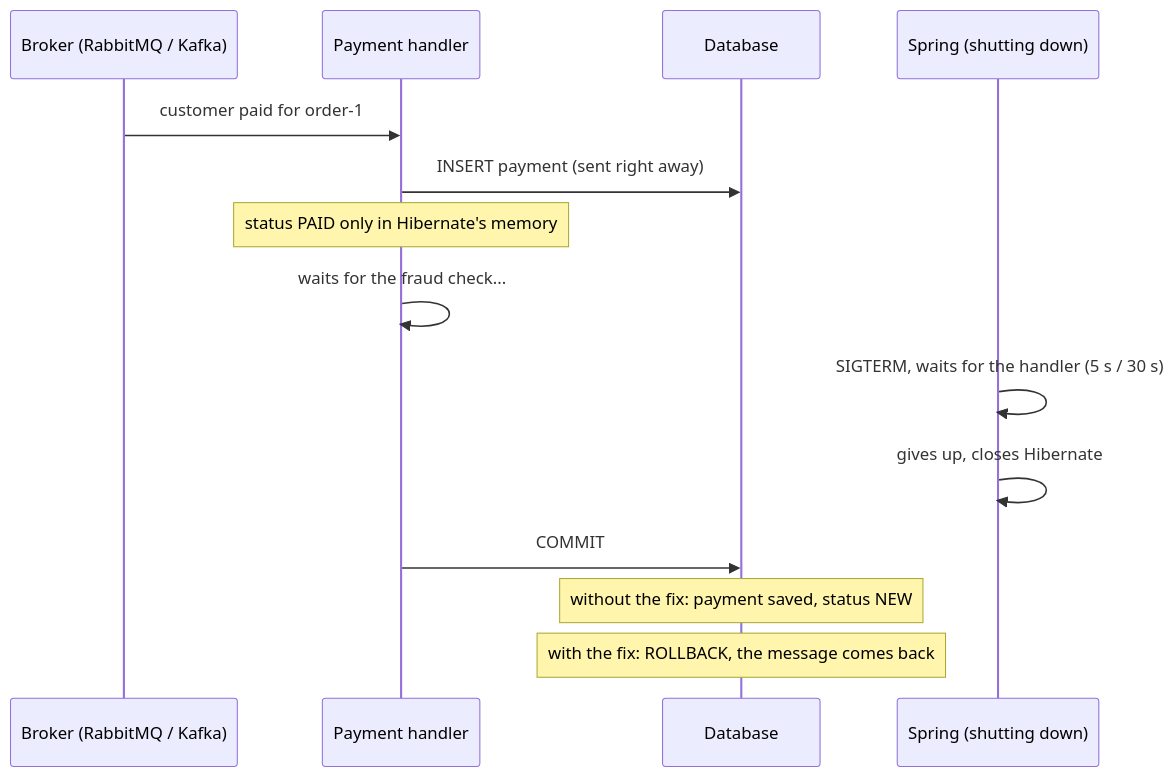
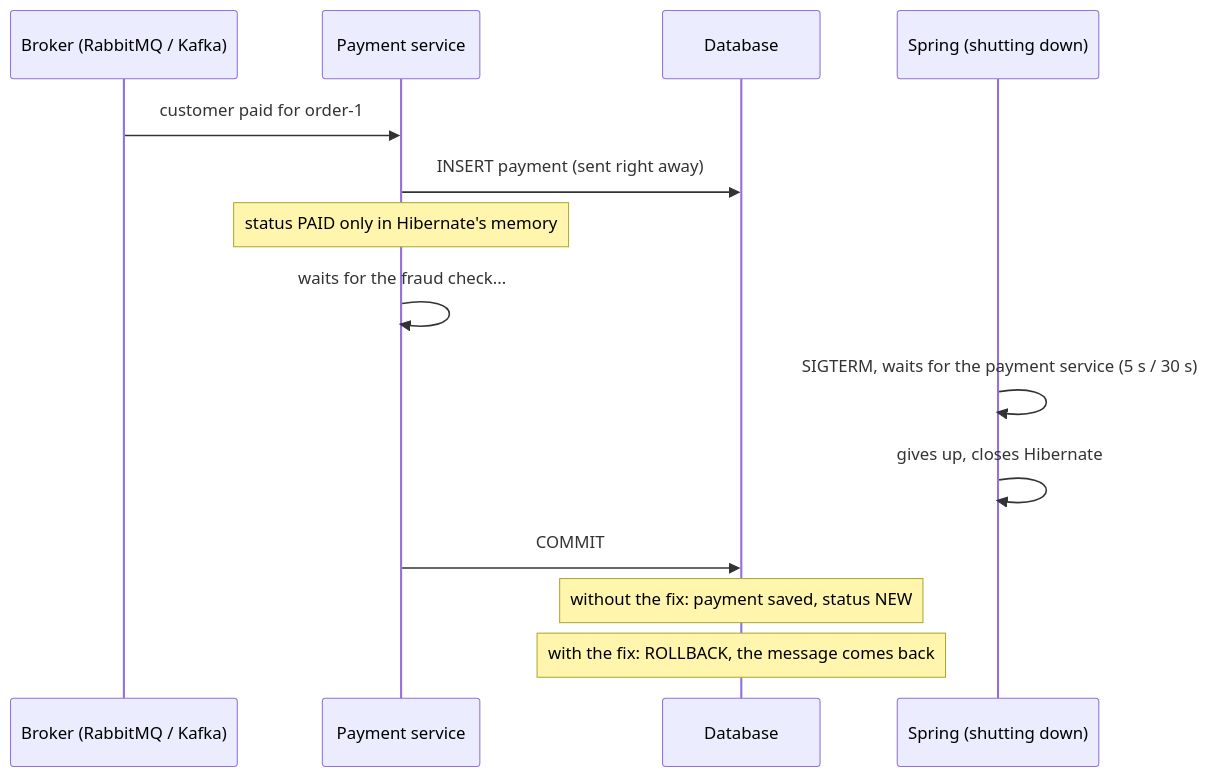
One commit to Mixonn/hibernate-partial-commit-on-shutdown changed the diagram in README.md. Above: the diagram before and after it, drawn with Mermaid. The commit also changed other lines of this file and 35 other files, not shown here.

````diff
--- a/README.md
+++ b/README.md
@@ -25,17 +26,17 @@
 ```mermaid
 sequenceDiagram
     participant B as Broker (RabbitMQ / Kafka)
-    participant H as Payment handler
+    participant P as Payment service
     participant DB as Database
     participant S as Spring (shutting down)
 
-    B->>H: customer paid for order-1
-    H->>DB: INSERT payment (sent right away)
-    Note over H: status PAID only in Hibernate's memory
-    H->>H: waits for the fraud check...
-    S->>S: SIGTERM, waits for the handler (5 s / 30 s)
+    B->>P: customer paid for order-1
+    P->>DB: INSERT payment (sent right away)
+    Note over P: status PAID only in Hibernate's memory
+    P->>P: waits for the fraud check...
+    S->>S: SIGTERM, waits for the payment service (5 s / 30 s)
     S->>S: gives up, closes Hibernate
-    H->>DB: COMMIT
+    P->>DB: COMMIT
     Note over DB: without the fix: payment saved, status NEW
     Note over DB: with the fix: ROLLBACK, the message comes back
 ```
````
